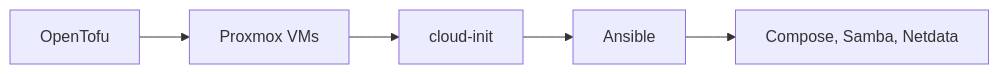
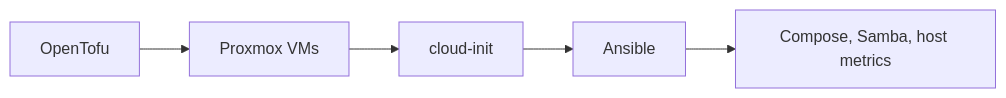
Before and after one commit to herickmotta/homelab: the third of 3 diagrams in README.md, drawn with Mermaid. The commit also changed other lines of this file and 28 other files, not shown here.

First line of the commit message:
Add host metrics exporters and Grafana Linux/ZFS/SMART dashboards.

````diff
--- a/README.md
+++ b/README.md
@@ -125,7 +129,7 @@
 ```mermaid
 flowchart LR
   tofu["OpenTofu"] --> pve["Proxmox VMs"]
   pve --> cidata["cloud-init"]
   cidata --> ans["Ansible"]
-  ans --> apps["Compose, Samba, Netdata"]
+  ans --> apps["Compose, Samba, host metrics"]
 ```
````
